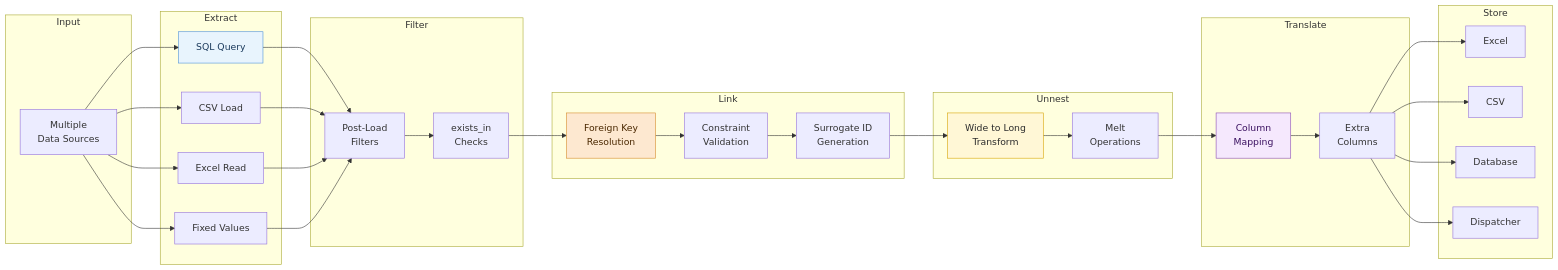
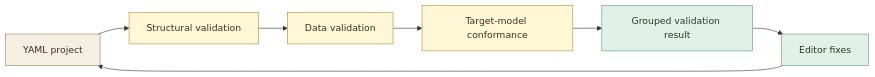
One commit to humlab-sead/sead_shape_shifter changed the fourth of 7 diagrams in docs/DIAGRAMS.md. Above: the diagram before and after it, drawn with Mermaid. The commit also changed other lines of this file and 25 other files, not shown here.

````diff
--- a/docs/DIAGRAMS.md
+++ b/docs/DIAGRAMS.md
@@ -285,67 +74,16 @@
 ```mermaid
 flowchart LR
-    subgraph "Input"
-        I1[Multiple<br/>Data Sources]
-    end
-    
-    subgraph "Extract"
-        E1[SQL Query]
-        E2[CSV Load]
-        E3[Excel Read]
-        E4[Fixed Values]
-    end
-    
-    subgraph "Filter"
-        F1[Post-Load<br/>Filters]
-        F2[exists_in<br/>Checks]
-    end
-    
-    subgraph "Link"
-        L1[Foreign Key<br/>Resolution]
-        L2[Constraint<br/>Validation]
-        L3[Surrogate ID<br/>Generation]
-    end
-    
-    subgraph "Unnest"
-        U1[Wide to Long<br/>Transform]
-        U2[Melt<br/>Operations]
-    end
-    
-    subgraph "Translate"
-        TR1[Column<br/>Mapping]
-        TR2[Extra<br/>Columns]
-    end
-    
-    subgraph "Store"
-        S1[Excel]
-        S2[CSV]
-        S3[Database]
-        S4[Dispatcher]
-    end
-    
-    I1 --> E1 & E2 & E3 & E4
-    E1 --> F1
-    E2 --> F1
-    E3 --> F1
-    E4 --> F1
-    
-    F1 --> F2
-    F2 --> L1
-    L1 --> L2
-    L2 --> L3
-    L3 --> U1
-    U1 --> U2
-    U2 --> TR1
-    TR1 --> TR2
-    TR2 --> S1 & S2 & S3 & S4
+    Project[YAML project] --> Structure[Structural validation]
+    Structure --> Data[Data validation]
+    Data --> Target[Target-model conformance]
+    Target --> Result[Grouped validation result]
+    Result --> Editor[Editor fixes]
+    Editor --> Project
 
-    classDef extract fill:#e8f4fd,stroke:#4a90d9,color:#1a3a5c;
-    classDef link fill:#fde8d0,stroke:#d48a2a,color:#4a2800;
-    classDef unnest fill:#fff7d6,stroke:#d6a300,color:#2b2b2b;
-    classDef translate fill:#f5e8fd,stroke:#8a4ab0,color:#3a1060;
-
-    class E1 extract;
-    class L1 link;
-    class U1 unnest;
-    class TR1 translate;
+    classDef input fill:#f5efe3,stroke:#9b8153,color:#3b3020;
+    classDef check fill:#fff7d6,stroke:#b28a2d,color:#3b3020;
+    classDef result fill:#e1f1e7,stroke:#5c9670,color:#233b2b;
+    class Project input;
+    class Structure,Data,Target check;
+    class Result,Editor result;
 ```
````
